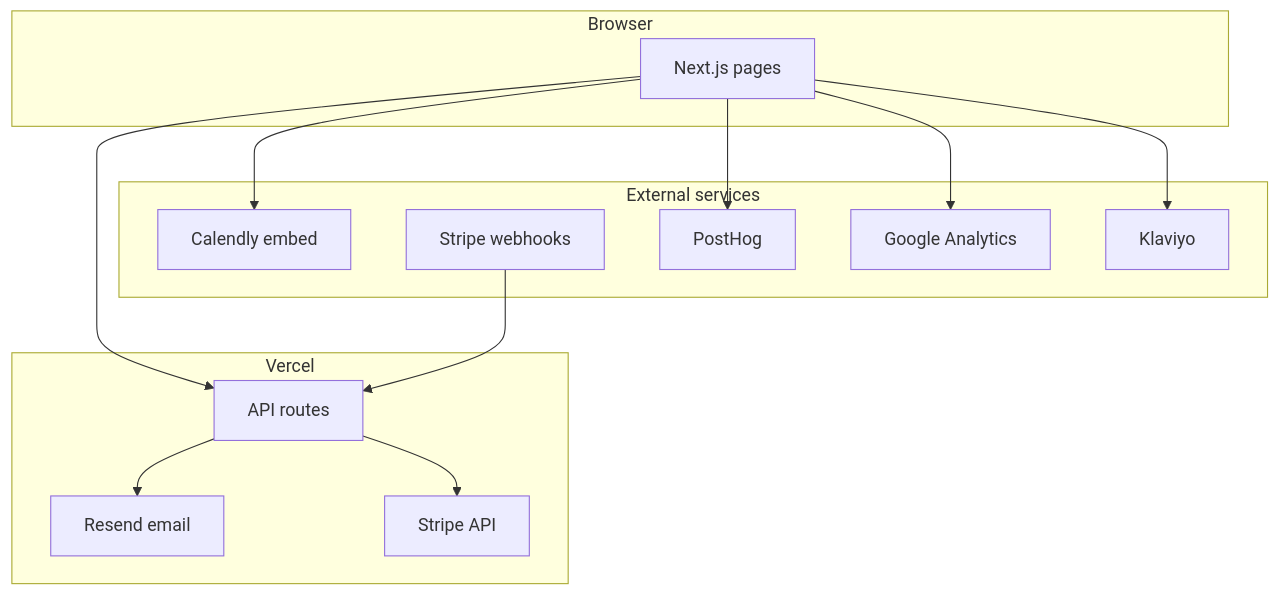
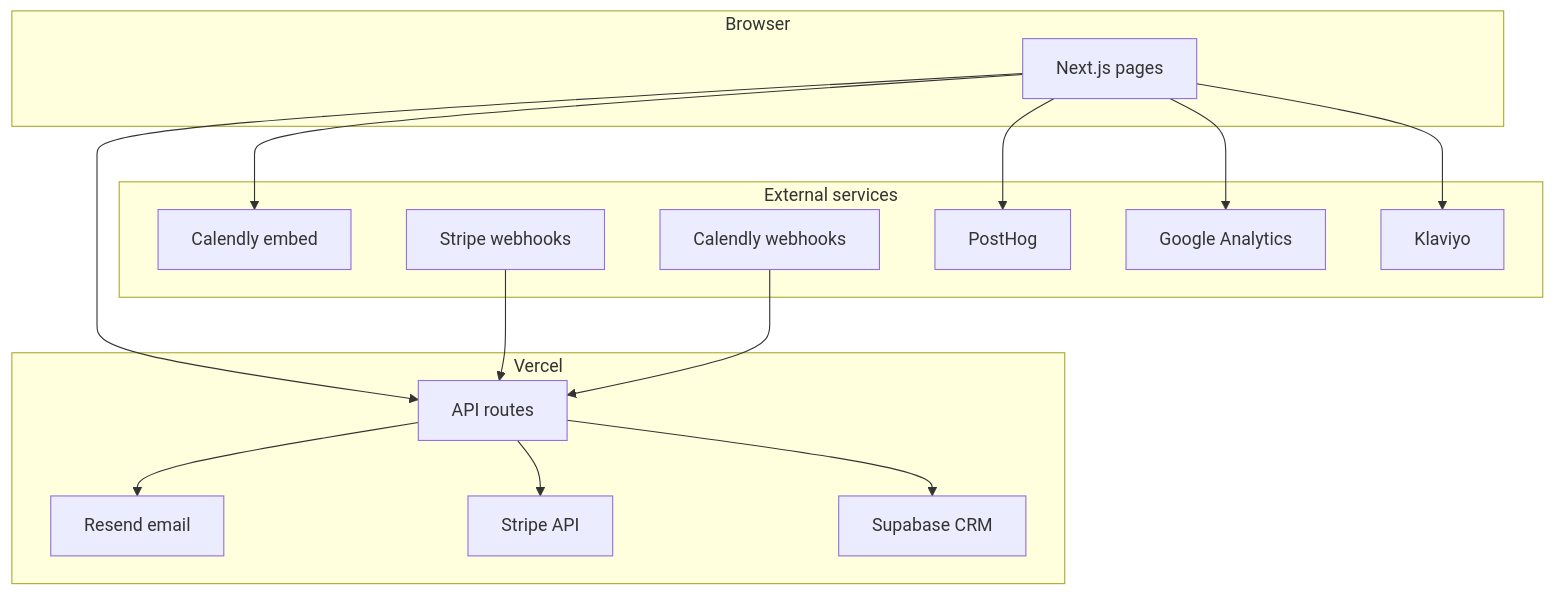
The diagram in docs/architecture.md (brianna-illuminairy/illuminairy-website), drawn with Mermaid before and after one commit. The commit also changed other lines of this file and 161 other files, not shown here.

````diff
--- a/docs/architecture.md
+++ b/docs/architecture.md
@@ -7,26 +7,29 @@
 ```mermaid
 flowchart TB
   subgraph client [Browser]
     Pages[Next.js pages]
   end
 
   subgraph vercel [Vercel]
     Pages --> API[API routes]
     API --> Resend[Resend email]
     API --> StripeAPI[Stripe API]
+    API --> Supabase[Supabase CRM]
   end
 
   subgraph external [External services]
     Calendly[Calendly embed]
+    CalendlyWH[Calendly webhooks]
     StripeWH[Stripe webhooks]
     PostHog[PostHog]
     GA[Google Analytics]
     Klaviyo[Klaviyo]
   end
 
   Pages --> Calendly
   Pages --> PostHog
   Pages --> GA
   Pages --> Klaviyo
   StripeWH --> API
+  CalendlyWH --> API
 ```
````
